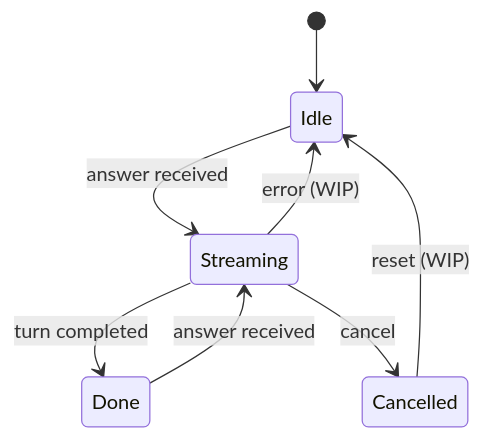
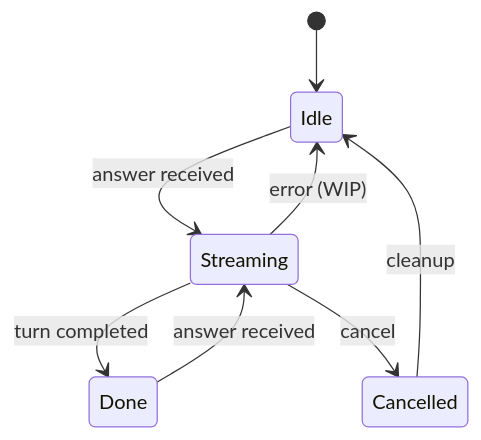
One commit to blacksheepaul/prompt_endgame changed the third of 4 diagrams in docs/architecture.md. Above: the diagram before and after it, drawn with Mermaid. The commit also changed other lines of this file and 1 other file, not shown here.

Commit message:
feat: update room state management to include 'endgame' state and refine cancellation logic

````diff
--- a/docs/architecture.md
+++ b/docs/architecture.md
@@ -155,10 +155,10 @@
 ```mermaid
 stateDiagram-v2
     [*] --> Idle
     Idle --> Streaming: answer received
     Done --> Streaming: answer received
     Streaming --> Done: turn completed
     Streaming --> Cancelled: cancel
+    Cancelled --> Idle: cleanup
     Streaming --> Idle: error (WIP)
-    Cancelled --> Idle: reset (WIP)
 ```
````
